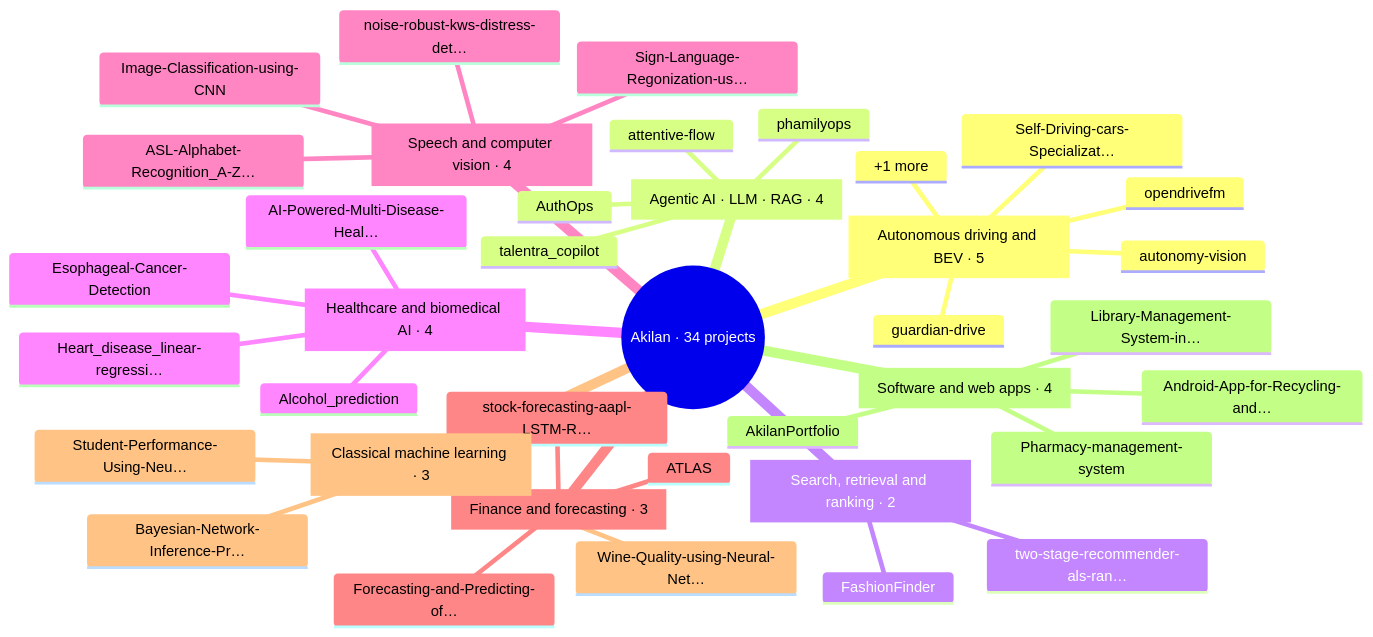
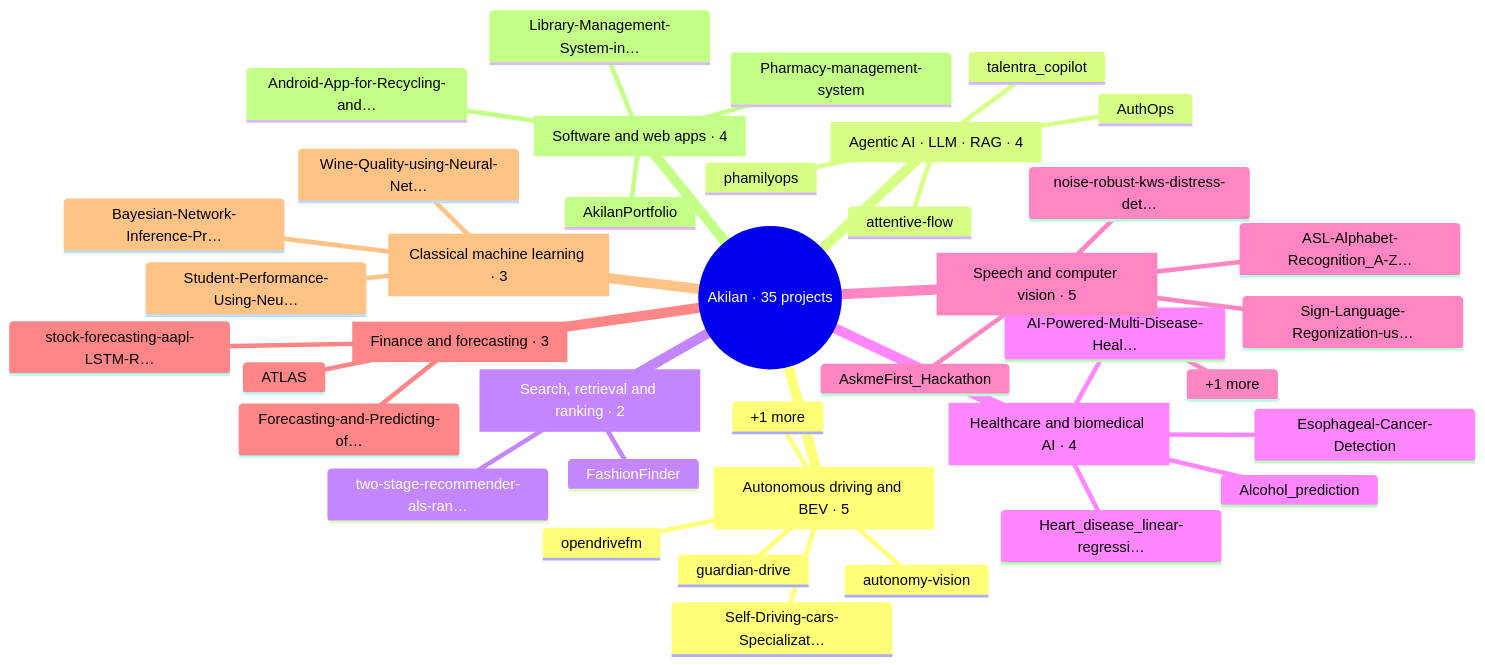
The diagram in README.md (AkilanManivannanak/AkilanManivannanak), drawn with Mermaid before and after one commit. The commit also changed other lines of this file and 76 other files, not shown here.

````diff
--- a/README.md
+++ b/README.md
@@ -99,41 +99,42 @@
 ```mermaid
 mindmap
-  root((Akilan · 34 projects))
+  root((Akilan · 35 projects))
     av[Autonomous driving and BEV · 5]
       opendrivefm
       guardian-drive
       Self-Driving-cars-Specializat…
       autonomy-vision
       +1 more
     agentic[Agentic AI · LLM · RAG · 4]
       talentra_copilot
       attentive-flow
       phamilyops
       AuthOps
     rank[Search, retrieval and ranking · 2]
       FashionFinder
       two-stage-recommender-als-ran…
     health[Healthcare and biomedical AI · 4]
       Esophageal-Cancer-Detection
       AI-Powered-Multi-Disease-Heal…
       Alcohol_prediction
       Heart_disease_linear-regressi…
-    signal[Speech and computer vision · 4]
+    signal[Speech and computer vision · 5]
       ASL-Alphabet-Recognition_A-Z…
       noise-robust-kws-distress-det…
       Sign-Language-Regonization-us…
-      Image-Classification-using-CNN
+      AskmeFirst_Hackathon
+      +1 more
     finance[Finance and forecasting · 3]
       stock-forecasting-aapl-LSTM-R…
       ATLAS
       Forecasting-and-Predicting-of…
     ml[Classical machine learning · 3]
       Student-Performance-Using-Neu…
       Bayesian-Network-Inference-Pr…
       Wine-Quality-using-Neural-Net…
     apps[Software and web apps · 4]
       AkilanPortfolio
       Library-Management-System-in…
       Pharmacy-management-system
       Android-App-for-Recycling-and…
 ```
````
